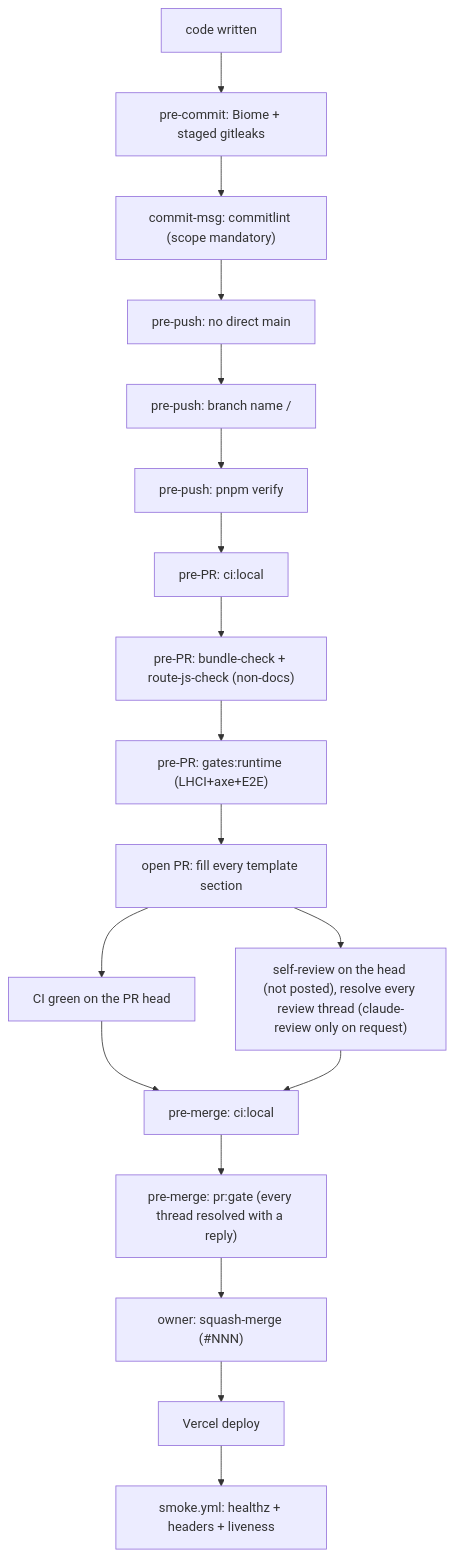
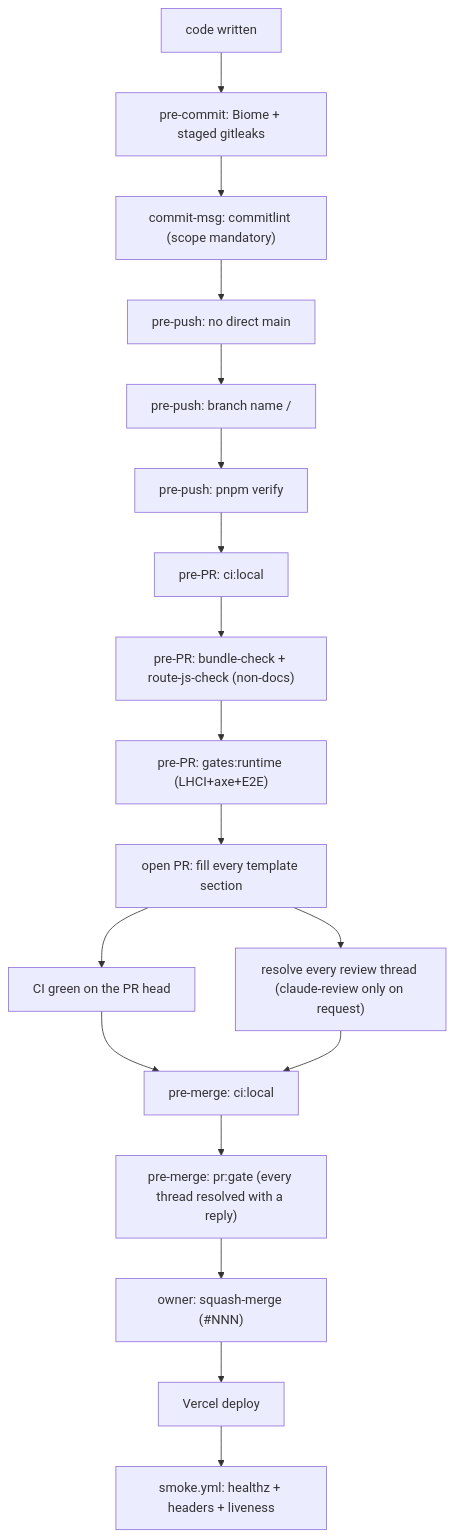
Before and after one commit to erikunha/portfolio: the first of 2 diagrams in docs/handbook/review-merge-release.md, drawn with Mermaid. The commit also changed other lines of this file and 9 other files, not shown here.

Commit message:
docs(review): drop the pre-merge self-review rule from the repo docs

````diff
--- a/docs/handbook/review-merge-release.md
+++ b/docs/handbook/review-merge-release.md
@@ -7,20 +7,20 @@
 ```mermaid
 flowchart TD
     write["code written"] --> c1["pre-commit: Biome + staged gitleaks"]
     c1 --> c2["commit-msg: commitlint (scope mandatory)"]
     c2 --> p1["pre-push: no direct main"]
     p1 --> p2["pre-push: branch name <type>/<desc>"]
     p2 --> p5["pre-push: pnpm verify"]
     p5 --> r1["pre-PR: ci:local"]
     r1 --> r2["pre-PR: bundle-check + route-js-check (non-docs)"]
     r2 --> r4["pre-PR: gates:runtime (LHCI+axe+E2E)"]
     r4 --> o1["open PR: fill every template section"]
     o1 --> o1b["CI green on the PR head"]
-    o1 --> o2["self-review on the head (not posted), resolve every review thread (claude-review only on request)"]
+    o1 --> o2["resolve every review thread (claude-review only on request)"]
     o1b --> m1["pre-merge: ci:local"]
     o2 --> m1
     m1 --> m4["pre-merge: pr:gate (every thread resolved with a reply)"]
     m4 --> merge["owner: squash-merge (#NNN)"]
     merge --> deploy["Vercel deploy"]
     deploy --> smoke["smoke.yml: healthz + headers + liveness"]
 ```
````
